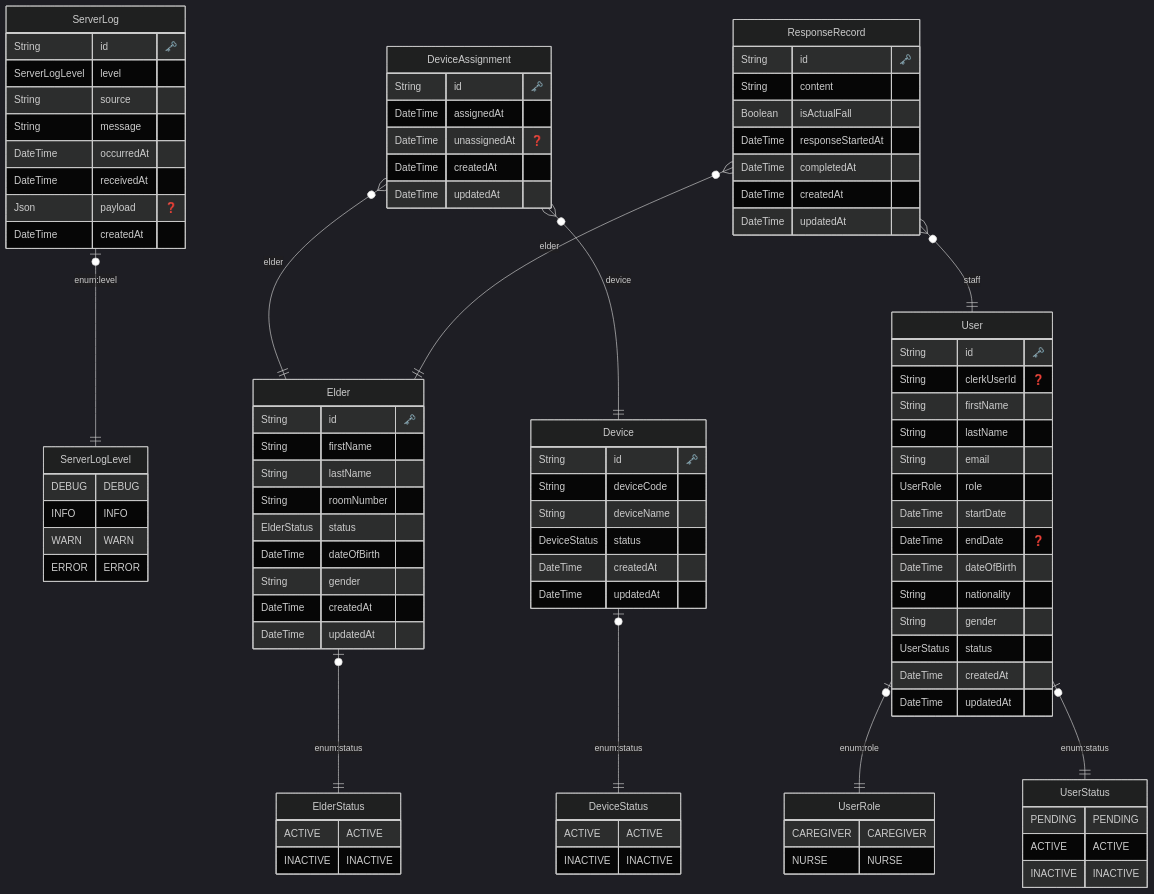
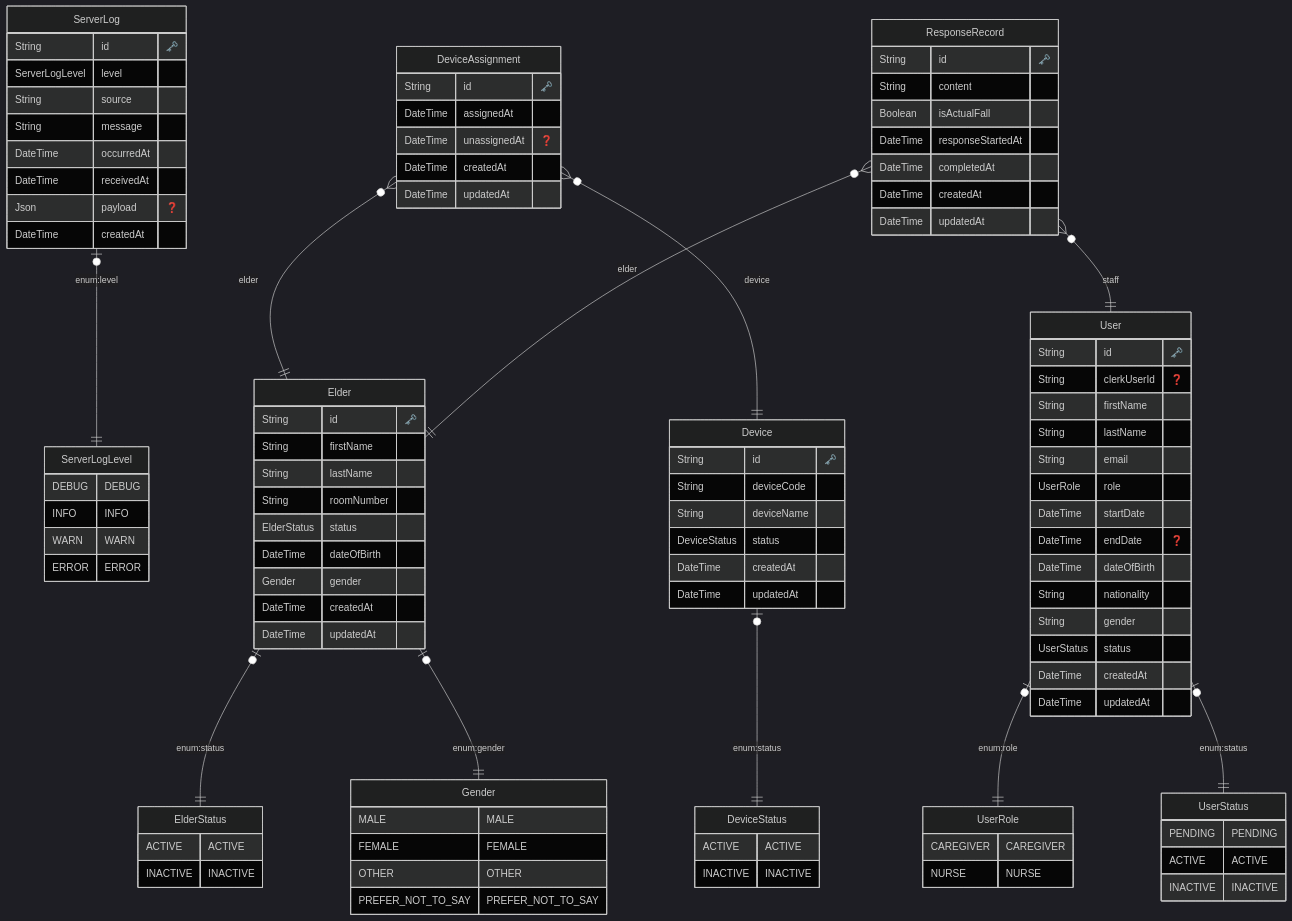
Before and after one commit to CCCproject2026/ccc_project_2026: the diagram in main/web/prisma/ERD.md, drawn with Mermaid (dark theme). The commit also changed 4 other files, not shown here.

First line of the commit message:
feat(db): Elder.gender を Gender enum に変更し seed データを日本語化

```diff
--- a/main/web/prisma/ERD.md
+++ b/main/web/prisma/ERD.md
@@ -19,6 +19,15 @@
         ElderStatus {
             ACTIVE ACTIVE
 INACTIVE INACTIVE
+        }
+    
+
+
+        Gender {
+            MALE MALE
+FEMALE FEMALE
+OTHER OTHER
+PREFER_NOT_TO_SAY PREFER_NOT_TO_SAY
         }
     
 
@@ -62,7 +71,7 @@
     String roomNumber 
     ElderStatus status 
     DateTime dateOfBirth 
-    String gender 
+    Gender gender 
     DateTime createdAt 
     DateTime updatedAt 
     }
@@ -112,6 +121,7 @@
     "User" |o--|| "UserRole" : "enum:role"
     "User" |o--|| "UserStatus" : "enum:status"
     "Elder" |o--|| "ElderStatus" : "enum:status"
+    "Elder" |o--|| "Gender" : "enum:gender"
     "Device" |o--|| "DeviceStatus" : "enum:status"
     "DeviceAssignment" }o--|| "Elder" : "elder"
     "DeviceAssignment" }o--|| "Device" : "device"
```
